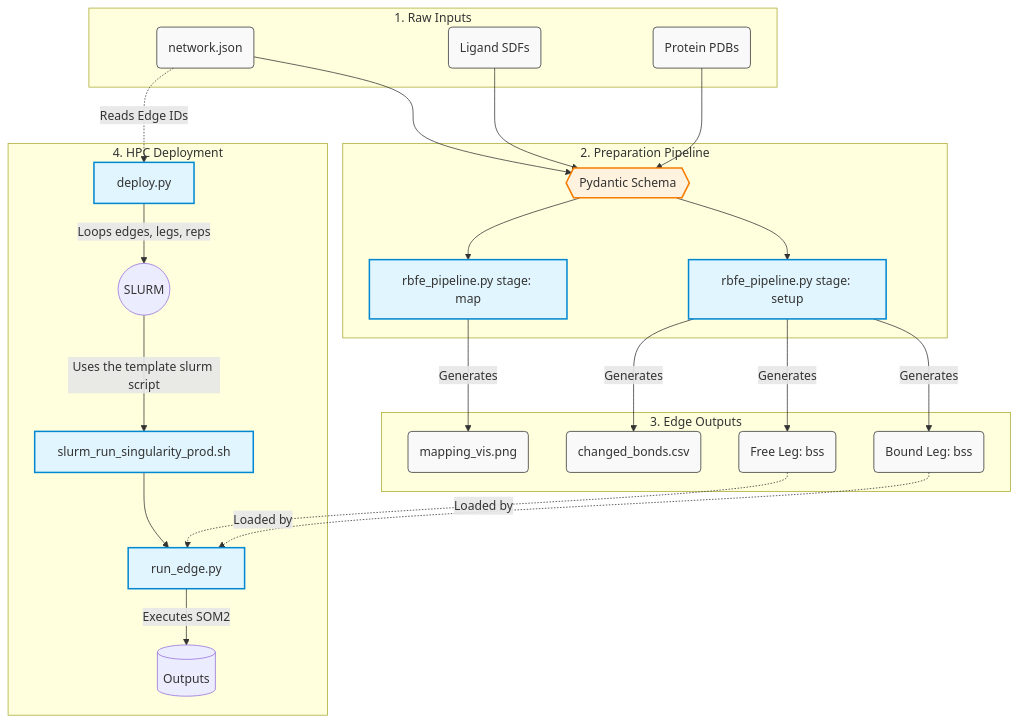
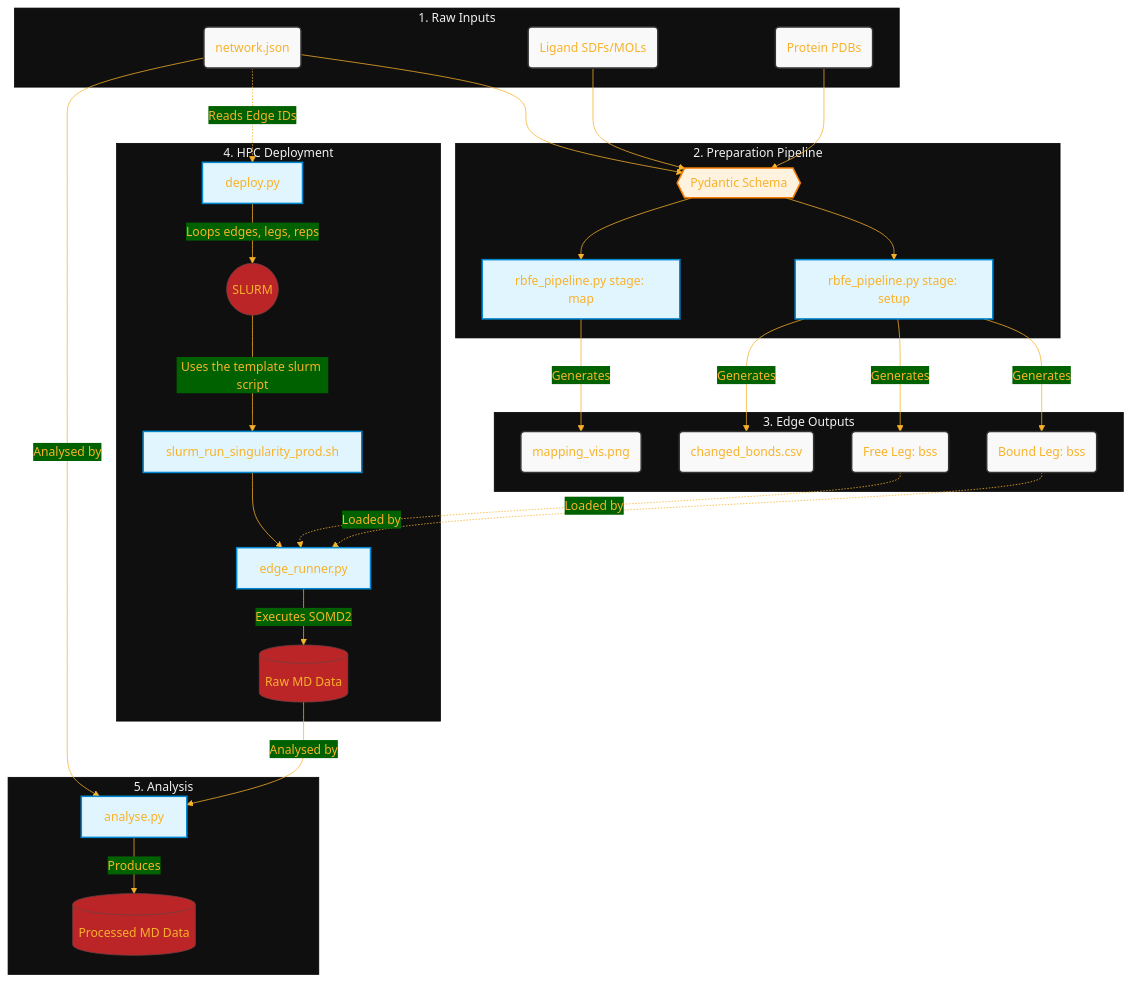
The diagram in README.md (akalpokas/scaffold-hopping-fep-benchmark), drawn with Mermaid before and after one commit. The commit also changed other lines of this file and 6 other files, not shown here.

````diff
--- a/README.md
+++ b/README.md
@@ -30,58 +48,79 @@
 ```mermaid
+---
+config:
+  theme: 'base'
+  themeVariables:
+    primaryColor: '#BB2528'
+    primaryTextColor: '#F8B229'
+    lineColor: '#F8B229'
+    secondaryColor: '#006100'
+    tertiaryColor: '#0f0f0f'
+    background: '#ffffff'
+---
 flowchart TD
-    classDef file fill:#f9f9f9,stroke:#333,stroke-width:1px;
+    classDef file fill:#f9f9f9,stroke:#333,stroke-width:2px;
     classDef script fill:#e1f5fe,stroke:#0288d1,stroke-width:2px;
     classDef check fill:#fff3e0,stroke:#f57c00,stroke-width:2px;
 
     subgraph Inputs ["1. Raw Inputs"]
         JSON(network.json):::file
-        SDF(Ligand SDFs):::file
+        SDF(Ligand SDFs/MOLs):::file
         PDB(Protein PDBs):::file
     end
 
     subgraph Prep ["2. Preparation Pipeline"]
         Schema{{Pydantic Schema}}:::check
         PipeMap[rbfe_pipeline.py stage: map]:::script
         PipeSetup[rbfe_pipeline.py stage: setup]:::script
         
         Schema --> PipeMap
         Schema --> PipeSetup
     end
 
     subgraph LocalOut ["3. Edge Outputs"]
         Vis(mapping_vis.png):::file
         CSV(changed_bonds.csv):::file
         Free(Free Leg: bss):::file
         Bound(Bound Leg: bss):::file
     end
 
     subgraph Cluster ["4. HPC Deployment"]
         Deploy[deploy.py]:::script
         Slurm((SLURM))
         Bash[slurm_run_singularity_prod.sh]:::script
-        Run[run_edge.py]:::script
-        MD[(Outputs)]
+        Run[edge_runner.py]:::script
+        MD[(Raw MD Data)]
+    end
+
+    subgraph Analysis ["5. Analysis"]
+        Analyse[analyse.py]:::script
+        FinalData[(Processed MD Data)]
     end
 
     %% Step 1 to 2
     JSON --> Schema
     SDF --> Schema
     PDB --> Schema
 
     %% Step 2 to 3
     PipeMap -->|Generates| Vis
     PipeSetup -->|Generates| CSV
     PipeSetup -->|Generates| Free
     PipeSetup -->|Generates| Bound
 
     %% Step 3 to 4
     JSON -.->|Reads Edge IDs| Deploy
     Deploy -->|Loops edges, legs, reps| Slurm
     Slurm -->|Uses the template slurm script| Bash
     Bash --> Run
     
     Free -.->|Loaded by| Run
     Bound -.->|Loaded by| Run
     
-    Run -->|Executes SOM2| MD
+    Run -->|Executes SOMD2| MD
+
+    %% Step 4 to 5
+    JSON -->|Analysed by| Analyse
+    MD -->|Analysed by| Analyse
+    Analyse -->| Produces | FinalData
 ```
````
